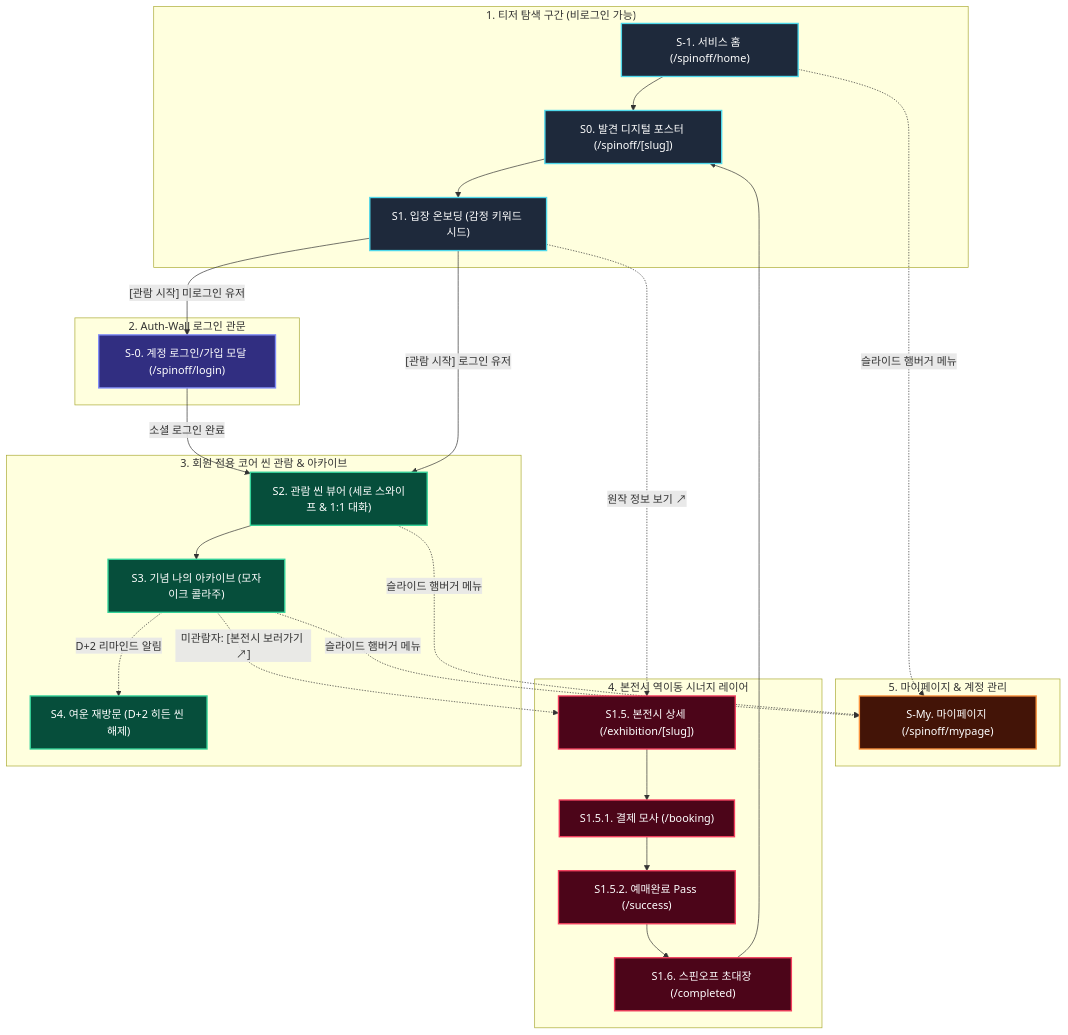
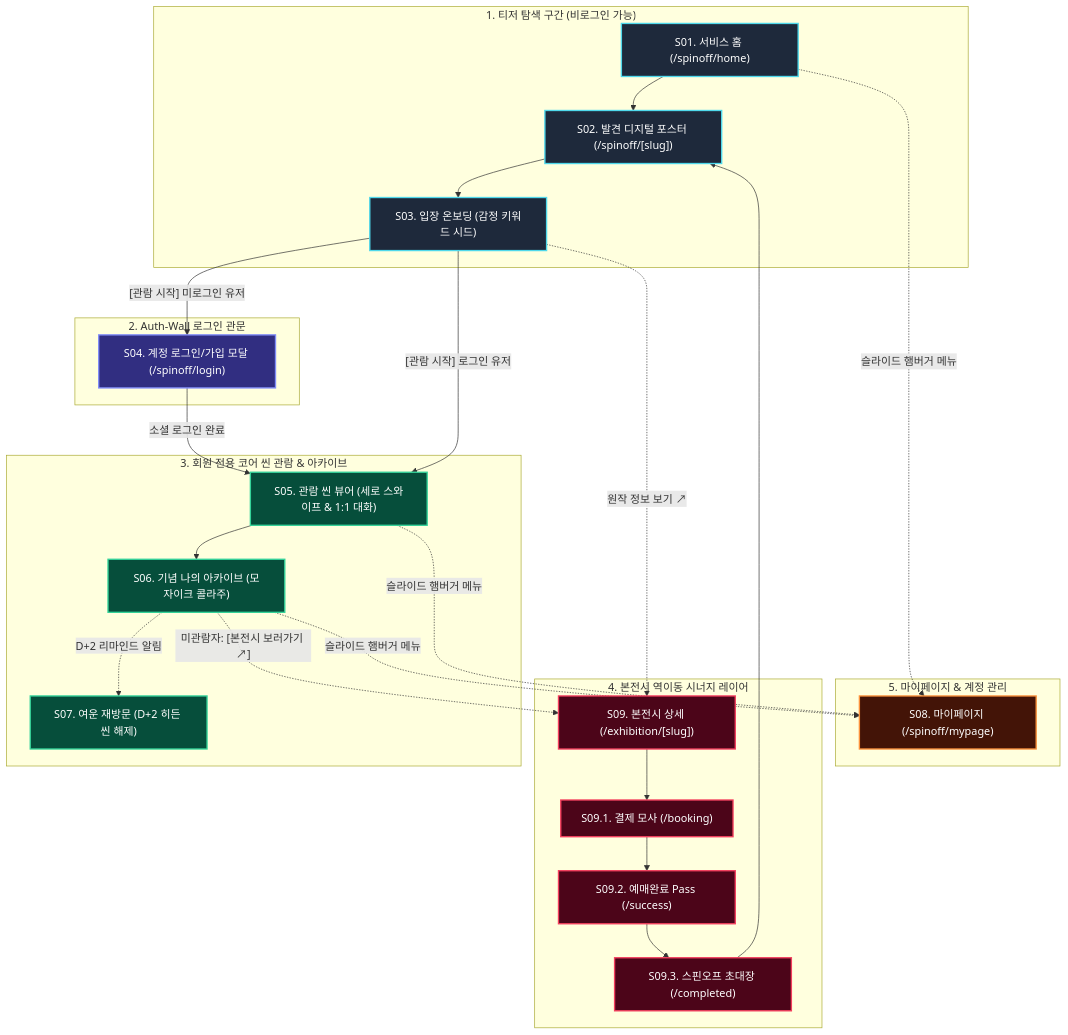
Before and after one commit to nino2767/afterglow: the first of 2 diagrams in docs/03_스핀오프-유저뷰/00_IA-및-플로우/스핀오프-유저뷰-화면플로우-v0.1.md, drawn with Mermaid. The commit also changed other lines of this file and 17 other files, not shown here.

````diff
--- a/docs/03_스핀오프-유저뷰/00_IA-및-플로우/스핀오프-유저뷰-화면플로우-v0.1.md
+++ b/docs/03_스핀오프-유저뷰/00_IA-및-플로우/스핀오프-유저뷰-화면플로우-v0.1.md
@@ -10,62 +10,62 @@
 ```mermaid
 flowchart TD
     subgraph PhaseA ["1. 티저 탐색 구간 (비로그인 가능)"]
-        S1_HOME["S-1. 서비스 홈 (/spinoff/home)"]
-        S0_POSTER["S0. 발견 디지털 포스터 (/spinoff/[slug])"]
-        S1_ONBOARDING["S1. 입장 온보딩 (감정 키워드 시드)"]
+        S01_HOME["S01. 서비스 홈 (/spinoff/home)"]
+        S02_POSTER["S02. 발견 디지털 포스터 (/spinoff/[slug])"]
+        S03_ONBOARDING["S03. 입장 온보딩 (감정 키워드 시드)"]
     end
 
     subgraph PhaseB ["2. Auth-Wall 로그인 관문"]
-        S0_LOGIN["S-0. 계정 로그인/가입 모달 (/spinoff/login)"]
+        S04_LOGIN["S04. 계정 로그인/가입 모달 (/spinoff/login)"]
     end
 
     subgraph PhaseC ["3. 회원 전용 코어 씬 관람 & 아카이브"]
-        S2_VIEWER["S2. 관람 씬 뷰어 (세로 스와이프 & 1:1 대화)"]
-        S3_ARCHIVE["S3. 기념 나의 아카이브 (모자이크 콜라주)"]
-        S4_RETENTION["S4. 여운 재방문 (D+2 히든 씬 해제)"]
+        S05_VIEWER["S05. 관람 씬 뷰어 (세로 스와이프 & 1:1 대화)"]
+        S06_ARCHIVE["S06. 기념 나의 아카이브 (모자이크 콜라주)"]
+        S07_RETENTION["S07. 여운 재방문 (D+2 히든 씬 해제)"]
     end
 
     subgraph PhaseD ["4. 본전시 역이동 시너지 레이어"]
-        S1_5_INFO["S1.5. 본전시 상세 (/exhibition/[slug])"]
-        S1_5_BOOKING["S1.5.1. 결제 모사 (/booking)"]
-        S1_5_SUCCESS["S1.5.2. 예매완료 Pass (/success)"]
-        S1_6_INVITE["S1.6. 스핀오프 초대장 (/completed)"]
+        S09_INFO["S09. 본전시 상세 (/exhibition/[slug])"]
+        S09_BOOKING["S09.1. 결제 모사 (/booking)"]
+        S09_SUCCESS["S09.2. 예매완료 Pass (/success)"]
+        S09_INVITE["S09.3. 스핀오프 초대장 (/completed)"]
     end
 
     subgraph PhaseE ["5. 마이페이지 & 계정 관리"]
-        S_MY["S-My. 마이페이지 (/spinoff/mypage)"]
+        S08_MY["S08. 마이페이지 (/spinoff/mypage)"]
     end
 
-    S1_HOME --> S0_POSTER
-    S0_POSTER --> S1_ONBOARDING
+    S01_HOME --> S02_POSTER
+    S02_POSTER --> S03_ONBOARDING
     
-    S1_ONBOARDING -- "[관람 시작] 미로그인 유저" --> S0_LOGIN
-    S1_ONBOARDING -- "[관람 시작] 로그인 유저" --> S2_VIEWER
-    S0_LOGIN -- "소셜 로그인 완료" --> S2_VIEWER
+    S03_ONBOARDING -- "[관람 시작] 미로그인 유저" --> S04_LOGIN
+    S03_ONBOARDING -- "[관람 시작] 로그인 유저" --> S05_VIEWER
+    S04_LOGIN -- "소셜 로그인 완료" --> S05_VIEWER
     
-    S2_VIEWER --> S3_ARCHIVE
-    S3_ARCHIVE -. "D+2 리마인드 알림" .-> S4_RETENTION
+    S05_VIEWER --> S06_ARCHIVE
+    S06_ARCHIVE -. "D+2 리마인드 알림" .-> S07_RETENTION
     
-    S1_ONBOARDING -. "원작 정보 보기 ↗" .-> S1_5_INFO
-    S3_ARCHIVE -. "미관람자: [본전시 보러가기 ↗]" .-> S1_5_INFO
-    S1_5_INFO --> S1_5_BOOKING
-    S1_5_BOOKING --> S1_5_SUCCESS
-    S1_5_SUCCESS --> S1_6_INVITE
-    S1_6_INVITE --> S0_POSTER
+    S03_ONBOARDING -. "원작 정보 보기 ↗" .-> S09_INFO
+    S06_ARCHIVE -. "미관람자: [본전시 보러가기 ↗]" .-> S09_INFO
+    S09_INFO --> S09_BOOKING
+    S09_BOOKING --> S09_SUCCESS
+    S09_SUCCESS --> S09_INVITE
+    S09_INVITE --> S02_POSTER
     
-    S1_HOME -. "슬라이드 햄버거 메뉴" .-> S_MY
-    S2_VIEWER -. "슬라이드 햄버거 메뉴" .-> S_MY
-    S3_ARCHIVE -. "슬라이드 햄버거 메뉴" .-> S_MY
+    S01_HOME -. "슬라이드 햄버거 메뉴" .-> S08_MY
+    S05_VIEWER -. "슬라이드 햄버거 메뉴" .-> S08_MY
+    S06_ARCHIVE -. "슬라이드 햄버거 메뉴" .-> S08_MY
 
     classDef teaser fill:#1e293b,stroke:#4fd8eb,stroke-width:2px,color:#fff;
     classDef auth fill:#312e81,stroke:#818cf8,stroke-width:2px,color:#fff;
     classDef core fill:#064e3b,stroke:#34d399,stroke-width:2px,color:#fff;
     classDef mainEx fill:#4c0519,stroke:#f43f5e,stroke-width:2px,color:#fff;
     classDef mypage fill:#431407,stroke:#fb923c,stroke-width:2px,color:#fff;
 
-    class S1_HOME,S0_POSTER,S1_ONBOARDING teaser;
-    class S0_LOGIN auth;
-    class S2_VIEWER,S3_ARCHIVE,S4_RETENTION core;
-    class S1_5_INFO,S1_5_BOOKING,S1_5_SUCCESS,S1_6_INVITE mainEx;
-    class S_MY mypage;
+    class S01_HOME,S02_POSTER,S03_ONBOARDING teaser;
+    class S04_LOGIN auth;
+    class S05_VIEWER,S06_ARCHIVE,S07_RETENTION core;
+    class S09_INFO,S09_BOOKING,S09_SUCCESS,S09_INVITE mainEx;
+    class S08_MY mypage;
 ```
````
